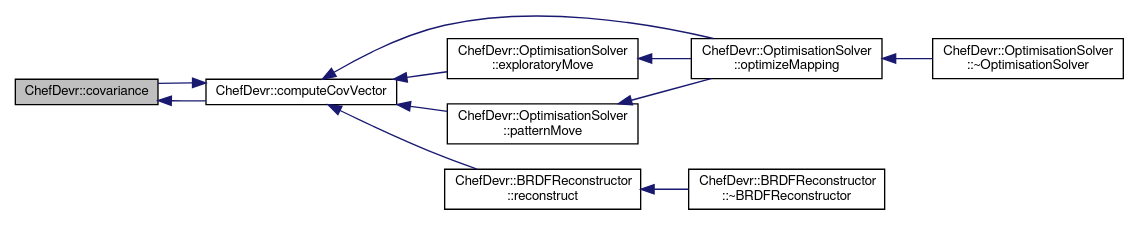
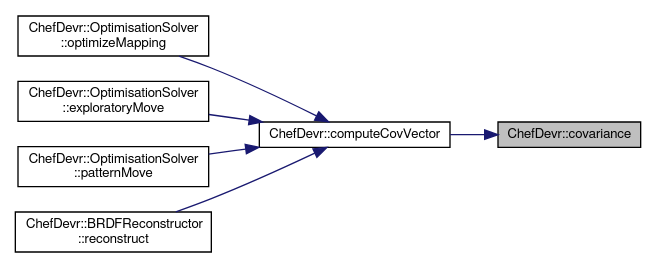
The diagram in docs/namespace_chef_devr_a13ff4baef0481276d6b78f9d47297d0d_icgraph.dot (bsella/BRDF3000), drawn with Graphviz before and after one commit. The commit also changed 287 other files, not shown here.

```diff
--- a/docs/namespace_chef_devr_a13ff4baef0481276d6b78f9d47297d0d_icgraph.dot
+++ b/docs/namespace_chef_devr_a13ff4baef0481276d6b78f9d47297d0d_icgraph.dot
@@ -1,24 +1,18 @@
 digraph "ChefDevr::covariance"
 {
+ // LATEX_PDF_SIZE
   edge [fontname="FreeSans",fontsize="10",labelfontname="FreeSans",labelfontsize="10"];
   node [fontname="FreeSans",fontsize="10",shape=record];
-  rankdir="LR";
-  Node24 [label="ChefDevr::covariance",height=0.2,width=0.4,color="black", fillcolor="grey75", style="filled", fontcolor="black"];
-  Node24 -> Node25 [dir="back",color="midnightblue",fontsize="10",style="solid",fontname="FreeSans"];
-  Node25 [label="ChefDevr::computeCovVector",height=0.2,width=0.4,color="black", fillcolor="white", style="filled",URL="$namespace_chef_devr.html#a596a285a8d77aad17878f22f23689861",tooltip="Computes the covariance column vector for the coordRef coordinates variable. "];
-  Node25 -> Node26 [dir="back",color="midnightblue",fontsize="10",style="solid",fontname="FreeSans"];
-  Node26 [label="ChefDevr::OptimisationSolver\l::optimizeMapping",height=0.2,width=0.4,color="black", fillcolor="white", style="filled",URL="$class_chef_devr_1_1_optimisation_solver.html#ac071d573e4155176f151f9413ef7b107",tooltip="Computes the optimized parametrisation of the BRDFs manifold. Uses Hook & Jeeves method to solve the ..."];
-  Node26 -> Node27 [dir="back",color="midnightblue",fontsize="10",style="solid",fontname="FreeSans"];
-  Node27 [label="ChefDevr::OptimisationSolver\l::~OptimisationSolver",height=0.2,width=0.4,color="black", fillcolor="white", style="filled",URL="$class_chef_devr_1_1_optimisation_solver.html#a5cb2221de8949571cd64eb7aa270fd48"];
-  Node25 -> Node28 [dir="back",color="midnightblue",fontsize="10",style="solid",fontname="FreeSans"];
-  Node28 [label="ChefDevr::OptimisationSolver\l::exploratoryMove",height=0.2,width=0.4,color="black", fillcolor="white", style="filled",URL="$class_chef_devr_1_1_optimisation_solver.html#a515eb2a32af01d73c8a7c0be3ebd5aba",tooltip="Updates the movement vector of X that improves the solution (X_move) "];
-  Node28 -> Node26 [dir="back",color="midnightblue",fontsize="10",style="solid",fontname="FreeSans"];
-  Node25 -> Node29 [dir="back",color="midnightblue",fontsize="10",style="solid",fontname="FreeSans"];
-  Node29 [label="ChefDevr::OptimisationSolver\l::patternMove",height=0.2,width=0.4,color="black", fillcolor="white", style="filled",URL="$class_chef_devr_1_1_optimisation_solver.html#a521476ed550af6cdf431015c9af20498",tooltip="Apply X_move to the latent variable vector X. Updates new_X, new_K_minus1, new_detK accordingly..."];
-  Node29 -> Node26 [dir="back",color="midnightblue",fontsize="10",style="solid",fontname="FreeSans"];
-  Node25 -> Node24 [dir="back",color="midnightblue",fontsize="10",style="solid",fontname="FreeSans"];
-  Node25 -> Node30 [dir="back",color="midnightblue",fontsize="10",style="solid",fontname="FreeSans"];
-  Node30 [label="ChefDevr::BRDFReconstructor\l::reconstruct",height=0.2,width=0.4,color="black", fillcolor="white", style="filled",URL="$class_chef_devr_1_1_b_r_d_f_reconstructor.html#a205bf0004c370cd8633caa425dbcabd7",tooltip="Reconstructs a BRDF for latent space coordinates. "];
-  Node30 -> Node31 [dir="back",color="midnightblue",fontsize="10",style="solid",fontname="FreeSans"];
-  Node31 [label="ChefDevr::BRDFReconstructor\l::~BRDFReconstructor",height=0.2,width=0.4,color="black", fillcolor="white", style="filled",URL="$class_chef_devr_1_1_b_r_d_f_reconstructor.html#a8943b55072cbcf99bd09553917c1ce68"];
+  rankdir="RL";
+  Node10 [label="ChefDevr::covariance",height=0.2,width=0.4,color="black", fillcolor="grey75", style="filled", fontcolor="black",tooltip="Covariance function given in the research paper : A Versatile Parametrization for Measured Materials ..."];
+  Node10 -> Node11 [dir="back",color="midnightblue",fontsize="10",style="solid",fontname="FreeSans"];
+  Node11 [label="ChefDevr::computeCovVector",height=0.2,width=0.4,color="black", fillcolor="white", style="filled",URL="$namespace_chef_devr.html#a596a285a8d77aad17878f22f23689861",tooltip="Computes the covariance column vector for the coordRef coordinates variable."];
+  Node11 -> Node12 [dir="back",color="midnightblue",fontsize="10",style="solid",fontname="FreeSans"];
+  Node12 [label="ChefDevr::OptimisationSolver\l::optimizeMapping",height=0.2,width=0.4,color="black", fillcolor="white", style="filled",URL="$class_chef_devr_1_1_optimisation_solver.html#ac071d573e4155176f151f9413ef7b107",tooltip="Computes the optimized parametrisation of the BRDFs manifold. Uses Hook & Jeeves method to solve the ..."];
+  Node11 -> Node13 [dir="back",color="midnightblue",fontsize="10",style="solid",fontname="FreeSans"];
+  Node13 [label="ChefDevr::OptimisationSolver\l::exploratoryMove",height=0.2,width=0.4,color="black", fillcolor="white", style="filled",URL="$class_chef_devr_1_1_optimisation_solver.html#a515eb2a32af01d73c8a7c0be3ebd5aba",tooltip="Updates the movement vector of X that improves the solution (X_move)"];
+  Node11 -> Node14 [dir="back",color="midnightblue",fontsize="10",style="solid",fontname="FreeSans"];
+  Node14 [label="ChefDevr::OptimisationSolver\l::patternMove",height=0.2,width=0.4,color="black", fillcolor="white", style="filled",URL="$class_chef_devr_1_1_optimisation_solver.html#a521476ed550af6cdf431015c9af20498",tooltip="Apply X_move to the latent variable vector X. Updates new_X, new_K_minus1, new_detK accordingly."];
+  Node11 -> Node15 [dir="back",color="midnightblue",fontsize="10",style="solid",fontname="FreeSans"];
+  Node15 [label="ChefDevr::BRDFReconstructor\l::reconstruct",height=0.2,width=0.4,color="black", fillcolor="white", style="filled",URL="$class_chef_devr_1_1_b_r_d_f_reconstructor.html#a205bf0004c370cd8633caa425dbcabd7",tooltip="Reconstructs a BRDF for latent space coordinates."];
 }
```
